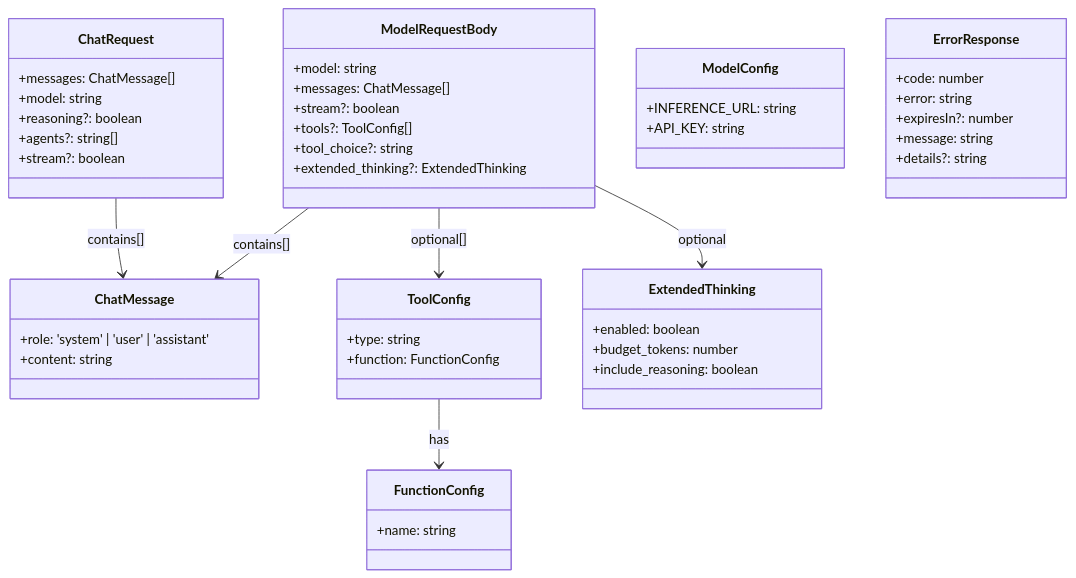
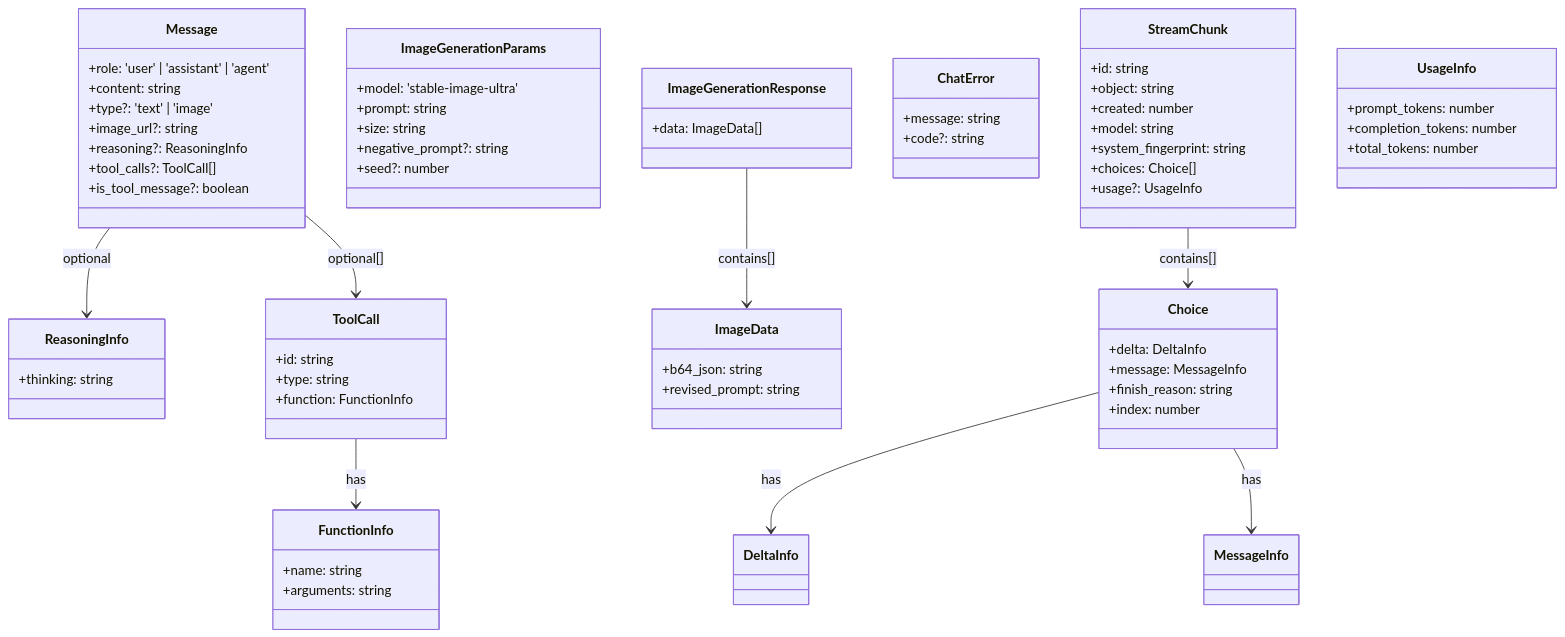
The first of 2 diagrams in docs/type-relationships.md (heroku-examples/mia-inference-chat), drawn with Mermaid before and after one commit. The commit also changed other lines of this file and 2 other files, not shown here.

````diff
--- a/docs/type-relationships.md
+++ b/docs/type-relationships.md
@@ -8,58 +8,80 @@
 ```mermaid
 classDiagram
-    class ChatMessage {
-        +role: 'system' | 'user' | 'assistant'
+    class Message {
+        +role: 'user' | 'assistant' | 'agent'
         +content: string
+        +type?: 'text' | 'image'
+        +image_url?: string
+        +reasoning?: ReasoningInfo
+        +tool_calls?: ToolCall[]
+        +is_tool_message?: boolean
     }
 
-    class ChatRequest {
-        +messages: ChatMessage[]
-        +model: string
-        +reasoning?: boolean
-        +agents?: string[]
-        +stream?: boolean
+    class ReasoningInfo {
+        +thinking: string
     }
 
-    class ModelRequestBody {
-        +model: string
-        +messages: ChatMessage[]
-        +stream?: boolean
-        +tools?: ToolConfig[]
-        +tool_choice?: string
-        +extended_thinking?: ExtendedThinking
+    class ToolCall {
+        +id: string
+        +type: string
+        +function: FunctionInfo
     }
 
-    class ToolConfig {
-        +type: string
-        +function: FunctionConfig
+    class FunctionInfo {
+        +name: string
+        +arguments: string
     }
 
-    class FunctionConfig {
-        +name: string
+    class ImageGenerationParams {
+        +model: 'stable-image-ultra'
+        +prompt: string
+        +size: string
+        +negative_prompt?: string
+        +seed?: number
     }
 
-    class ExtendedThinking {
-        +enabled: boolean
-        +budget_tokens: number
-        +include_reasoning: boolean
+    class ImageGenerationResponse {
+        +data: ImageData[]
     }
 
-    class ModelConfig {
-        +INFERENCE_URL: string
-        +API_KEY: string
+    class ImageData {
+        +b64_json: string
+        +revised_prompt: string
     }
 
-    class ErrorResponse {
-        +code: number
-        +error: string
-        +expiresIn?: number
+    class ChatError {
         +message: string
-        +details?: string
+        +code?: string
     }
 
-    ChatRequest --> ChatMessage : contains[]
-    ModelRequestBody --> ChatMessage : contains[]
-    ModelRequestBody --> ToolConfig : optional[]
-    ToolConfig --> FunctionConfig : has
-    ModelRequestBody --> ExtendedThinking : optional
+    class StreamChunk {
+        +id: string
+        +object: string
+        +created: number
+        +model: string
+        +system_fingerprint: string
+        +choices: Choice[]
+        +usage?: UsageInfo
+    }
+
+    class Choice {
+        +delta: DeltaInfo
+        +message: MessageInfo
+        +finish_reason: string
+        +index: number
+    }
+
+    class UsageInfo {
+        +prompt_tokens: number
+        +completion_tokens: number
+        +total_tokens: number
+    }
+
+    Message --> ReasoningInfo : optional
+    Message --> ToolCall : optional[]
+    ToolCall --> FunctionInfo : has
+    ImageGenerationResponse --> ImageData : contains[]
+    StreamChunk --> Choice : contains[]
+    Choice --> DeltaInfo : has
+    Choice --> MessageInfo : has
 ```
````
